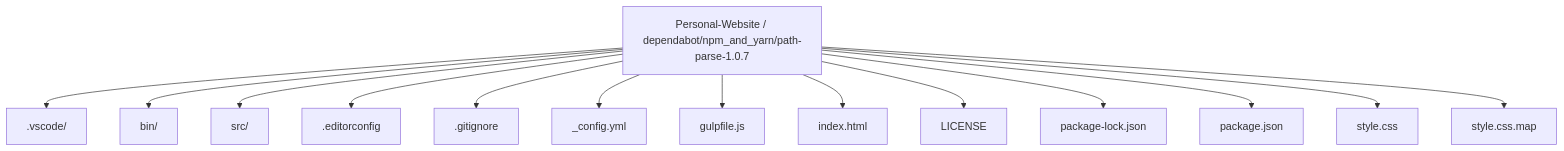
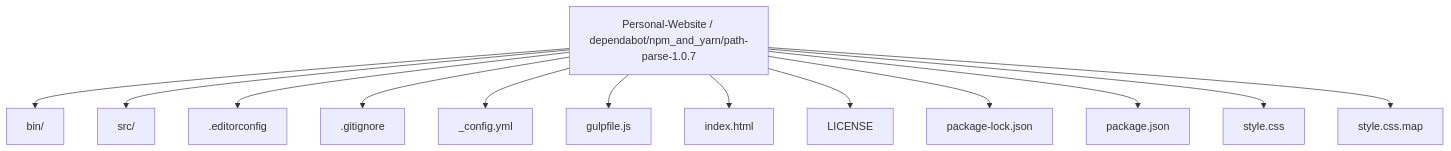
The first of 5 diagrams in README.md (Nischhalsubba/Personal-Website), drawn with Mermaid before and after one commit. The commit also changed other lines of this file, not shown here.

````diff
--- a/README.md
+++ b/README.md
@@ -23,17 +56,16 @@
 ```mermaid
 flowchart TD
     ROOT["Personal-Website / dependabot/npm_and_yarn/path-parse-1.0.7"]
-    ROOT --> P0[".vscode/"]
-    ROOT --> P1["bin/"]
-    ROOT --> P2["src/"]
-    ROOT --> P3[".editorconfig"]
-    ROOT --> P4[".gitignore"]
-    ROOT --> P5["_config.yml"]
-    ROOT --> P6["gulpfile.js"]
-    ROOT --> P7["index.html"]
-    ROOT --> P8["LICENSE"]
-    ROOT --> P9["package-lock.json"]
-    ROOT --> P10["package.json"]
-    ROOT --> P11["style.css"]
-    ROOT --> P12["style.css.map"]
+    ROOT --> P0["bin/"]
+    ROOT --> P1["src/"]
+    ROOT --> P2[".editorconfig"]
+    ROOT --> P3[".gitignore"]
+    ROOT --> P4["_config.yml"]
+    ROOT --> P5["gulpfile.js"]
+    ROOT --> P6["index.html"]
+    ROOT --> P7["LICENSE"]
+    ROOT --> P8["package-lock.json"]
+    ROOT --> P9["package.json"]
+    ROOT --> P10["style.css"]
+    ROOT --> P11["style.css.map"]
 ```
````
